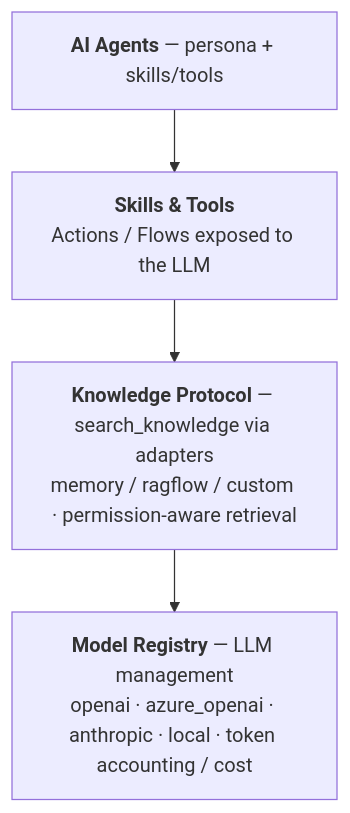
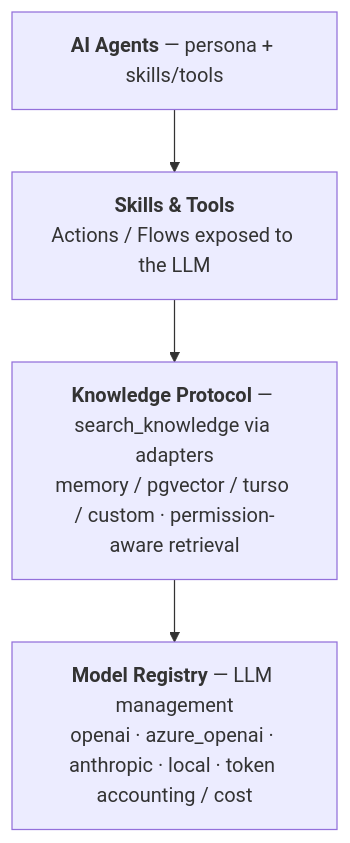
Before and after one commit to objectstack-ai/objectstack: the diagram in content/docs/ai/index.mdx, drawn with Mermaid. The commit also changed other lines of this file and 47 other files, not shown here.

First line of the commit message:
fix(settings)!: retire @objectstack/knowledge-ragflow and the Knowledge page's RAGFlow adapter option

````diff
--- a/content/docs/ai/index.mdx
+++ b/content/docs/ai/index.mdx
@@ -48,6 +48,6 @@
 ```mermaid
 flowchart TD
     A["<b>AI Agents</b> — persona + skills/tools"] --> T["<b>Skills &amp; Tools</b><br/>Actions / Flows exposed to the LLM"]
-    T --> K["<b>Knowledge Protocol</b> — search_knowledge via adapters<br/>memory / ragflow / custom · permission-aware retrieval"]
+    T --> K["<b>Knowledge Protocol</b> — search_knowledge via adapters<br/>memory / pgvector / turso / custom · permission-aware retrieval"]
     K --> R["<b>Model Registry</b> — LLM management<br/>openai · azure_openai · anthropic · local · token accounting / cost"]
 ```
````
